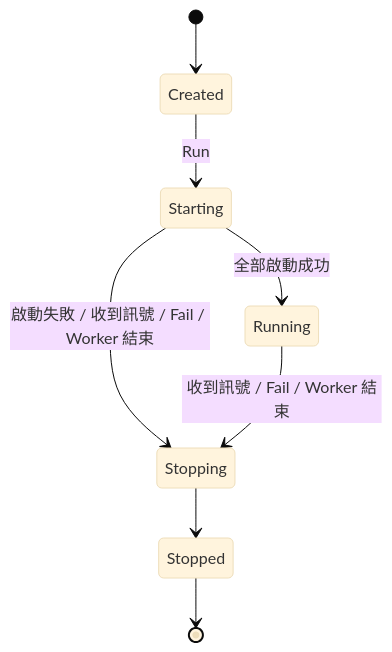
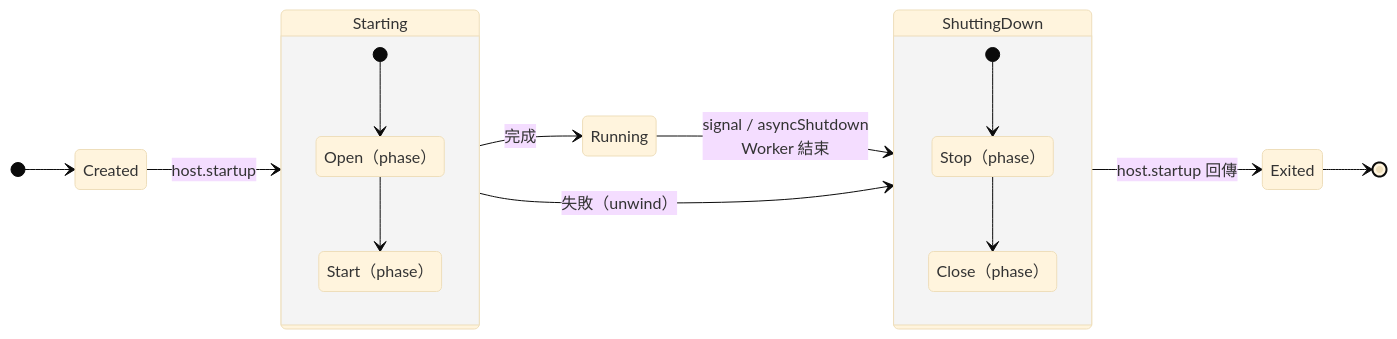
Before and after one commit to KScaesar/system_design: the seventh of 21 diagrams in app_lifecycle.md, drawn with Mermaid (base theme). The commit also changed other lines of this file, not shown here.

````diff
--- a/app_lifecycle.md
+++ b/app_lifecycle.md
@@ -234,10 +263,25 @@
 ```mermaid
 stateDiagram-v2
+    direction LR
     [*] --> Created
-    Created --> Starting: Run
-    Starting --> Running: 全部啟動成功
-    Starting --> Stopping: 啟動失敗 / 收到訊號 / Fail / Worker 結束
-    Running --> Stopping: 收到訊號 / Fail / Worker 結束
-    Stopping --> Stopped
-    Stopped --> [*]
+    Created --> Starting: host.startup
+    state "Starting" as Starting {
+        direction TB
+        state "Open（phase）" as P_Open
+        state "Start（phase）" as P_Start
+        [*] --> P_Open
+        P_Open --> P_Start
+    }
+    Starting --> Running: 完成
+    Running --> ShuttingDown: signal / asyncShutdown<br/>Worker 結束
+    Starting --> ShuttingDown: 失敗（unwind）
+    state "ShuttingDown" as ShuttingDown {
+        direction TB
+        state "Stop（phase）" as P_Stop
+        state "Close（phase）" as P_Close
+        [*] --> P_Stop
+        P_Stop --> P_Close
+    }
+    ShuttingDown --> Exited: host.startup 回傳
+    Exited --> [*]
 ```
````
